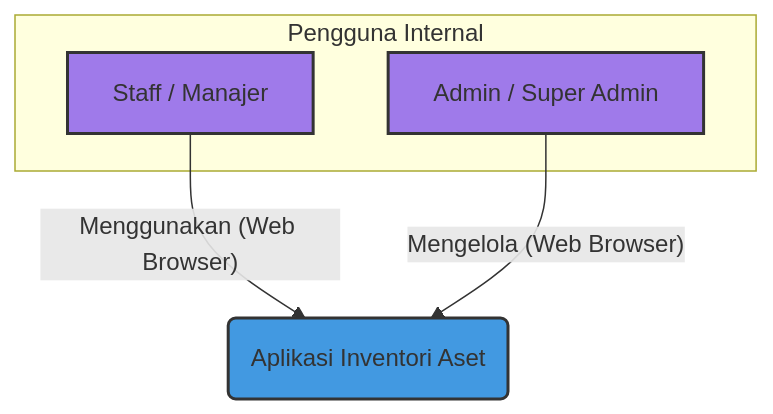
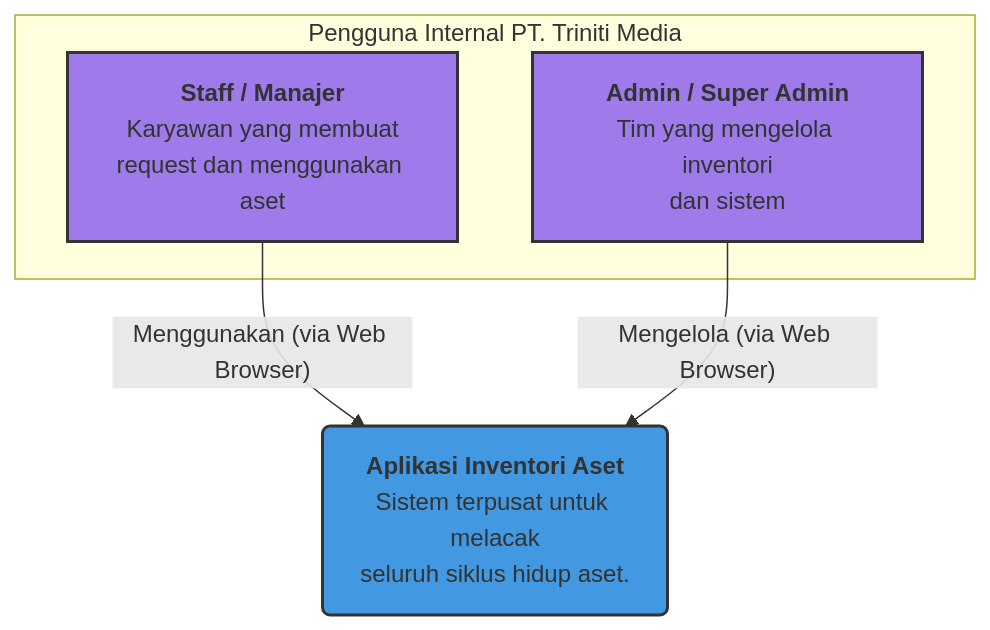
One commit to Asamaludi26/Inventory changed the first of 4 diagrams in Docs/01_CONCEPT_AND_ARCHITECTURE/ARCHITECTURE.md. Above: the diagram before and after it, drawn with Mermaid. The commit also changed other lines of this file and 27 other files, not shown here.

````diff
--- a/Docs/01_CONCEPT_AND_ARCHITECTURE/ARCHITECTURE.md
+++ b/Docs/01_CONCEPT_AND_ARCHITECTURE/ARCHITECTURE.md
@@ -28,16 +31,16 @@
 ```mermaid
 graph TD
-    subgraph "Pengguna Internal"
-        A[Staff / Manajer]
-        B[Admin / Super Admin]
+    subgraph "Pengguna Internal PT. Triniti Media"
+        A[<b>Staff / Manajer</b><br>Karyawan yang membuat<br>request dan menggunakan aset]
+        B[<b>Admin / Super Admin</b><br>Tim yang mengelola inventori<br>dan sistem]
     end
 
-    C(Aplikasi Inventori Aset)
+    C(<b>Aplikasi Inventori Aset</b><br>Sistem terpusat untuk melacak<br>seluruh siklus hidup aset.)
 
-    A -- "Menggunakan (Web Browser)" --> C
-    B -- "Mengelola (Web Browser)" --> C
+    A -- "Menggunakan (via Web Browser)" --> C
+    B -- "Mengelola (via Web Browser)" --> C
     
     style A fill:#9f7aea,stroke:#333,stroke-width:2px
     style B fill:#9f7aea,stroke:#333,stroke-width:2px
     style C fill:#4299e1,stroke:#333,stroke-width:2px
 ```
````
